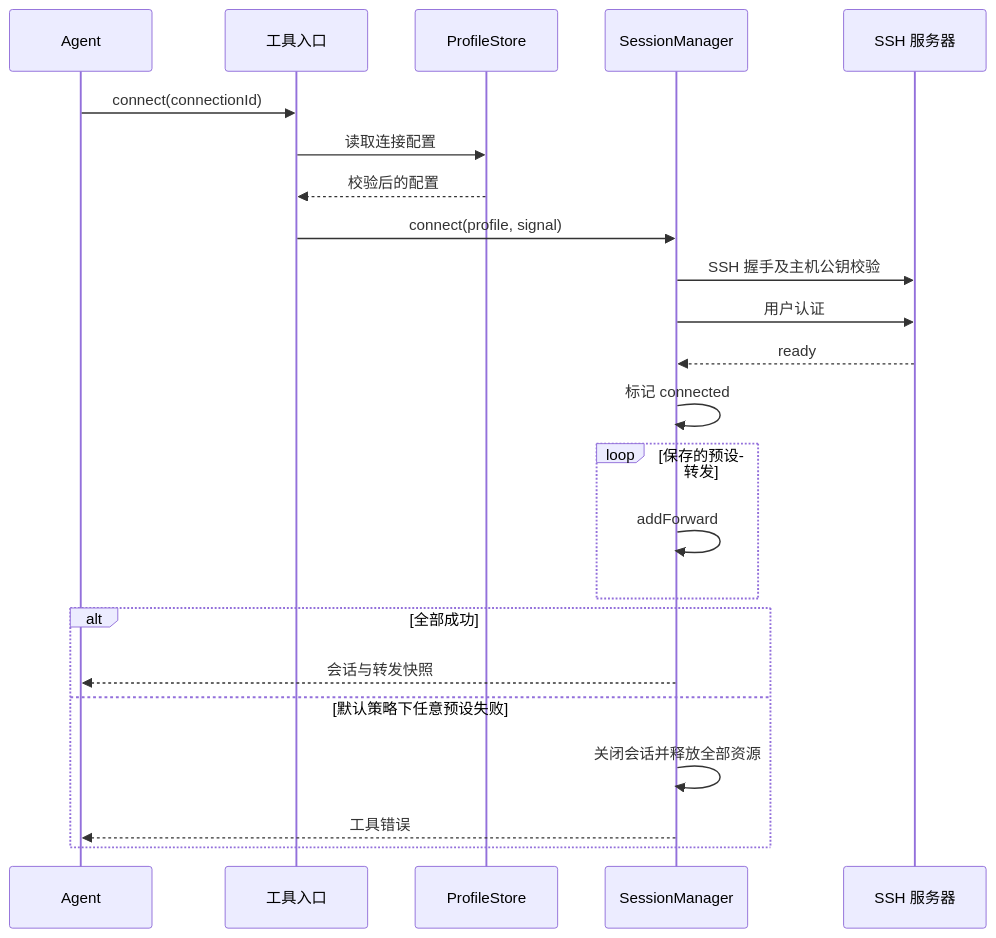
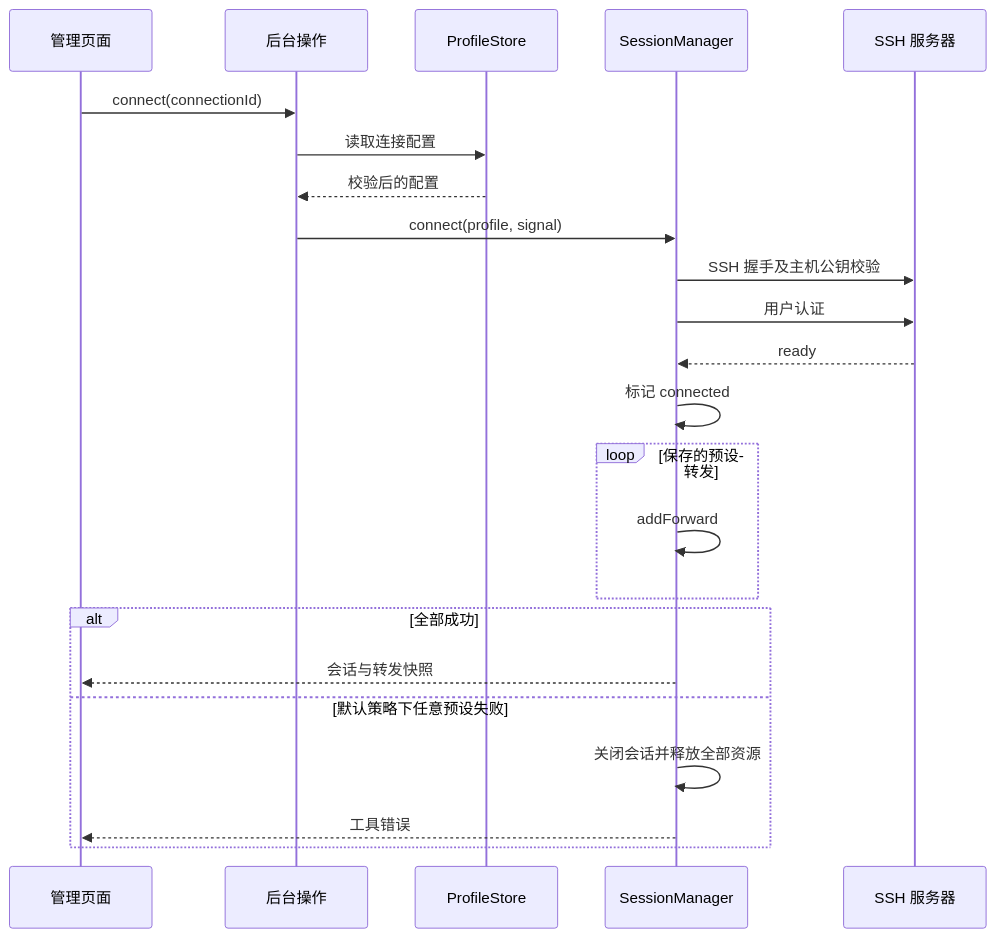
Before and after one commit to zhaoyi2018/magpie-remote: the second of 4 diagrams in docs/architecture.md, drawn with Mermaid. The commit also changed other lines of this file and 17 other files, not shown here.

````diff
--- a/docs/architecture.md
+++ b/docs/architecture.md
@@ -37,25 +35,25 @@
 ```mermaid
 sequenceDiagram
-  participant A as Agent
-  participant T as 工具入口
+  participant A as 管理页面
+  participant T as 后台操作
   participant P as ProfileStore
   participant M as SessionManager
   participant S as SSH 服务器
   A->>T: connect(connectionId)
   T->>P: 读取连接配置
   P-->>T: 校验后的配置
   T->>M: connect(profile, signal)
   M->>S: SSH 握手及主机公钥校验
   M->>S: 用户认证
   S-->>M: ready
   M->>M: 标记 connected
   loop 保存的预设转发
     M->>M: addForward
   end
   alt 全部成功
     M-->>A: 会话与转发快照
   else 默认策略下任意预设失败
     M->>M: 关闭会话并释放全部资源
     M-->>A: 工具错误
   end
 ```
````
